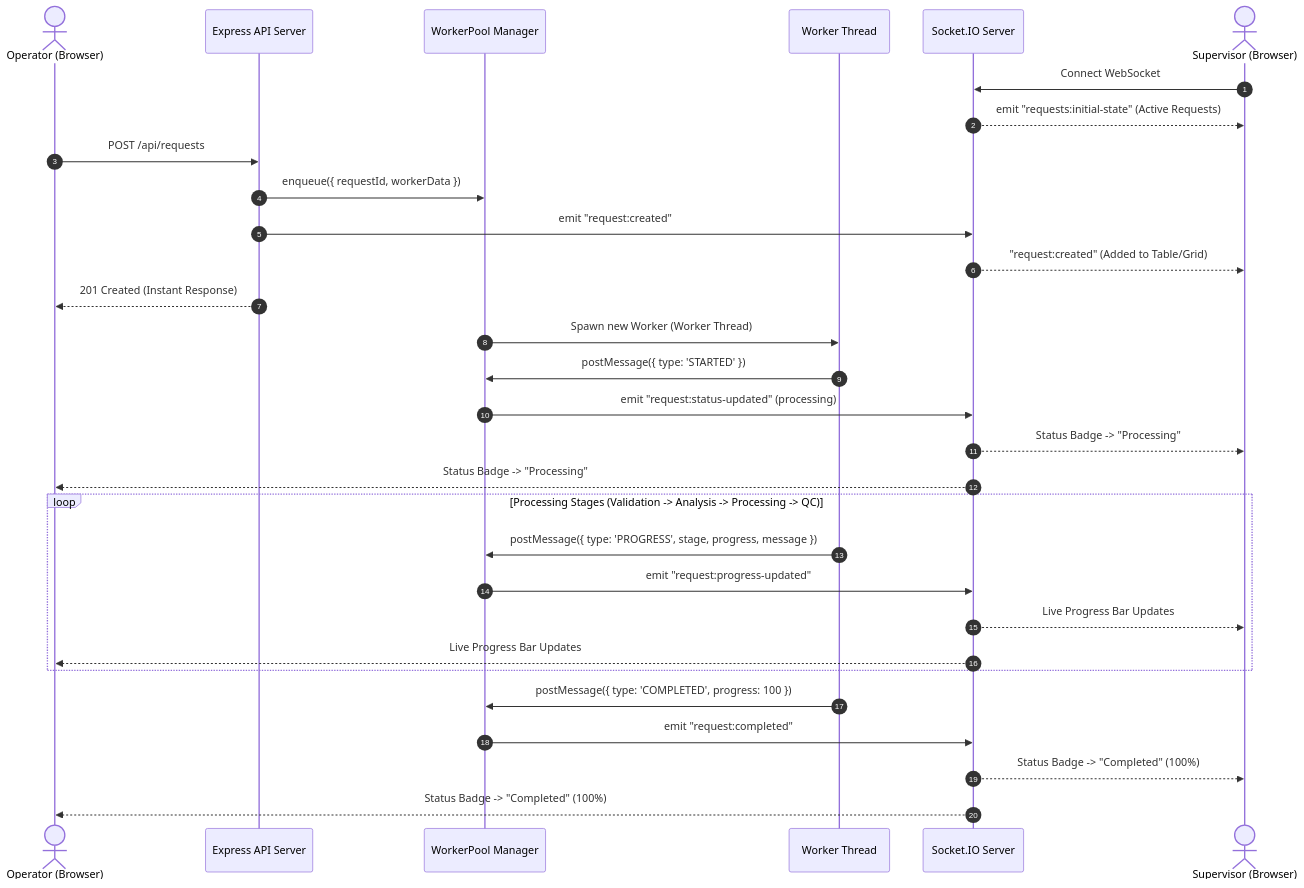
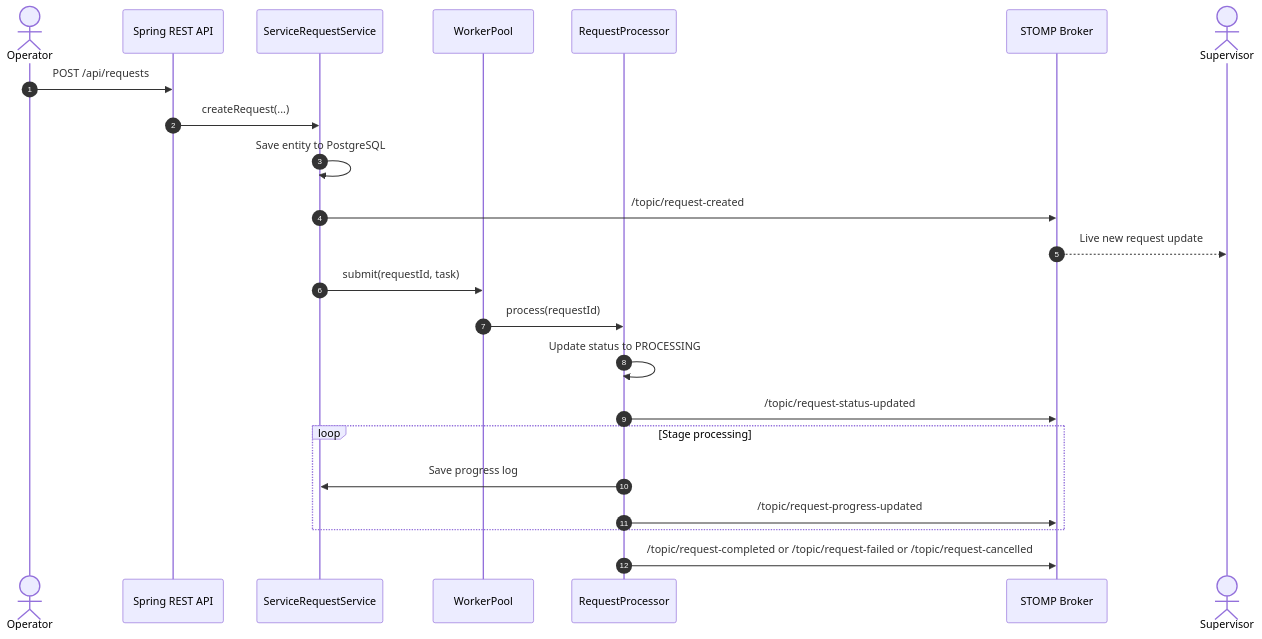
One commit to Aoishy/Service-Request-in-SpringBoot changed the fifth of 6 diagrams in SYSTEM_DESIGN.md. Above: the diagram before and after it, drawn with Mermaid. The commit also changed other lines of this file and 4 other files, not shown here.

````diff
--- a/SYSTEM_DESIGN.md
+++ b/SYSTEM_DESIGN.md
@@ -365,37 +323,28 @@
 ```mermaid
 sequenceDiagram
     autonumber
-    actor Operator as Operator (Browser)
-    participant API as Express API Server
-    participant Pool as WorkerPool Manager
-    participant Worker as Worker Thread
-    participant Socket as Socket.IO Server
-    actor Supervisor as Supervisor (Browser)
-
-    Supervisor->>Socket: Connect WebSocket
-    Socket-->>Supervisor: emit "requests:initial-state" (Active Requests)
+    actor Operator as Operator
+    participant API as Spring REST API
+    participant Service as ServiceRequestService
+    participant Pool as WorkerPool
+    participant Worker as RequestProcessor
+    participant Broker as STOMP Broker
+    actor Supervisor as Supervisor
 
     Operator->>API: POST /api/requests
-    API->>Pool: enqueue({ requestId, workerData })
-    API->>Socket: emit "request:created"
-    Socket-->>Supervisor: "request:created" (Added to Table/Grid)
-    API-->>Operator: 201 Created (Instant Response)
+    API->>Service: createRequest(...)
+    Service->>Service: Save entity to PostgreSQL
+    Service->>Broker: /topic/request-created
+    Broker-->>Supervisor: Live new request update
+    Service->>Pool: submit(requestId, task)
+    Pool->>Worker: process(requestId)
 
-    Pool->>Worker: Spawn new Worker (Worker Thread)
-    Worker->>Pool: postMessage({ type: 'STARTED' })
-    Pool->>Socket: emit "request:status-updated" (processing)
-    Socket-->>Supervisor: Status Badge -> "Processing"
-    Socket-->>Operator: Status Badge -> "Processing"
-
-    loop Processing Stages (Validation -> Analysis -> Processing -> QC)
-        Worker->>Pool: postMessage({ type: 'PROGRESS', stage, progress, message })
-        Pool->>Socket: emit "request:progress-updated"
-        Socket-->>Supervisor: Live Progress Bar Updates
-        Socket-->>Operator: Live Progress Bar Updates
+    Worker->>Worker: Update status to PROCESSING
+    Worker->>Broker: /topic/request-status-updated
+    loop Stage processing
+        Worker->>Service: Save progress log
+        Worker->>Broker: /topic/request-progress-updated
     end
 
-    Worker->>Pool: postMessage({ type: 'COMPLETED', progress: 100 })
-    Pool->>Socket: emit "request:completed"
-    Socket-->>Supervisor: Status Badge -> "Completed" (100%)
-    Socket-->>Operator: Status Badge -> "Completed" (100%)
+    Worker->>Broker: /topic/request-completed or /topic/request-failed or /topic/request-cancelled
 ```
````
